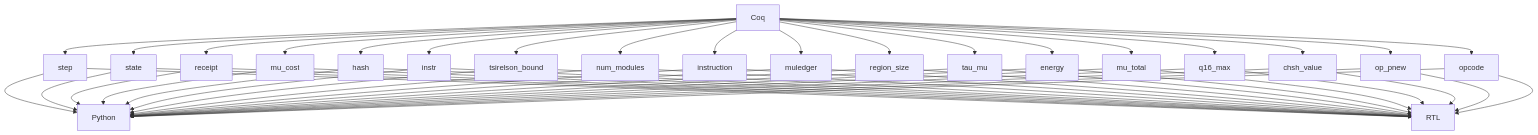
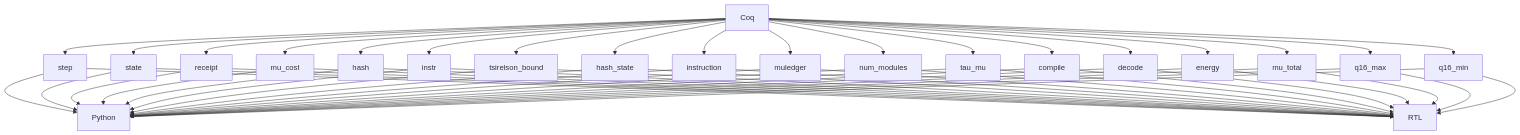
Before and after one commit to sethirus/The-Thiele-Machine: the third of 3 diagrams in artifacts/ATLAS.md, drawn with Mermaid. The commit also changed other lines of this file and 526 other files, not shown here.

````diff
--- a/artifacts/ATLAS.md
+++ b/artifacts/ATLAS.md
@@ -757,78 +738,78 @@
 ```mermaid
 flowchart TB
   C["Coq"]
   P["Python"]
   R["RTL"]
   T1["step"]
   C --> T1
   T1 --> P
   T1 --> R
   T2["state"]
   C --> T2
   T2 --> P
   T2 --> R
   T3["receipt"]
   C --> T3
   T3 --> P
   T3 --> R
   T4["mu_cost"]
   C --> T4
   T4 --> P
   T4 --> R
   T5["hash"]
   C --> T5
   T5 --> P
   T5 --> R
   T6["instr"]
   C --> T6
   T6 --> P
   T6 --> R
   T7["tsirelson_bound"]
   C --> T7
   T7 --> P
   T7 --> R
-  T8["num_modules"]
+  T8["hash_state"]
   C --> T8
   T8 --> P
   T8 --> R
   T9["instruction"]
   C --> T9
   T9 --> P
   T9 --> R
   T10["muledger"]
   C --> T10
   T10 --> P
   T10 --> R
-  T11["region_size"]
+  T11["num_modules"]
   C --> T11
   T11 --> P
   T11 --> R
   T12["tau_mu"]
   C --> T12
   T12 --> P
   T12 --> R
-  T13["energy"]
+  T13["compile"]
   C --> T13
   T13 --> P
   T13 --> R
-  T14["mu_total"]
+  T14["decode"]
   C --> T14
   T14 --> P
   T14 --> R
-  T15["q16_max"]
+  T15["energy"]
   C --> T15
   T15 --> P
   T15 --> R
-  T16["chsh_value"]
+  T16["mu_total"]
   C --> T16
   T16 --> P
   T16 --> R
-  T17["op_pnew"]
+  T17["q16_max"]
   C --> T17
   T17 --> P
   T17 --> R
-  T18["opcode"]
+  T18["q16_min"]
   C --> T18
   T18 --> P
   T18 --> R
 ```
````
